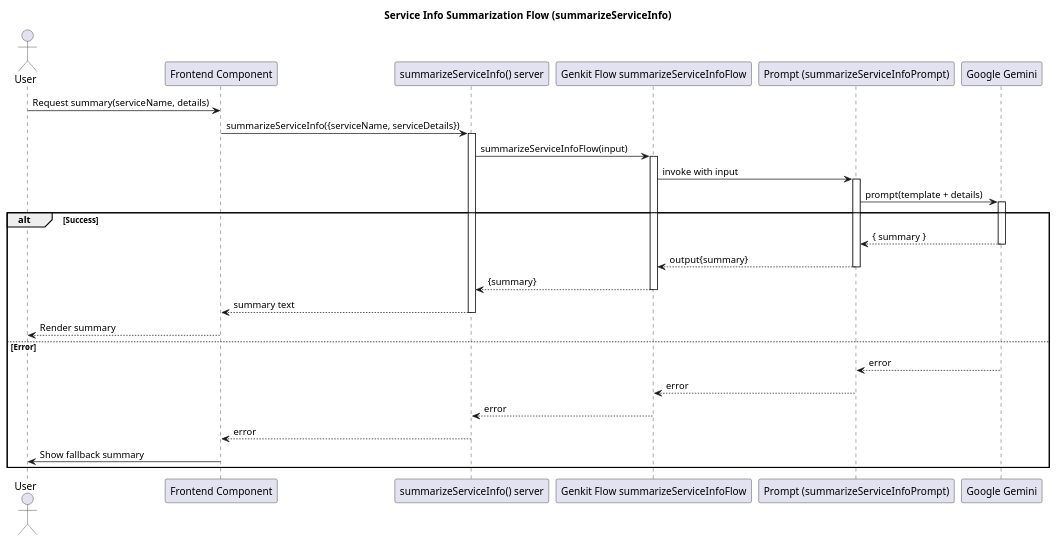
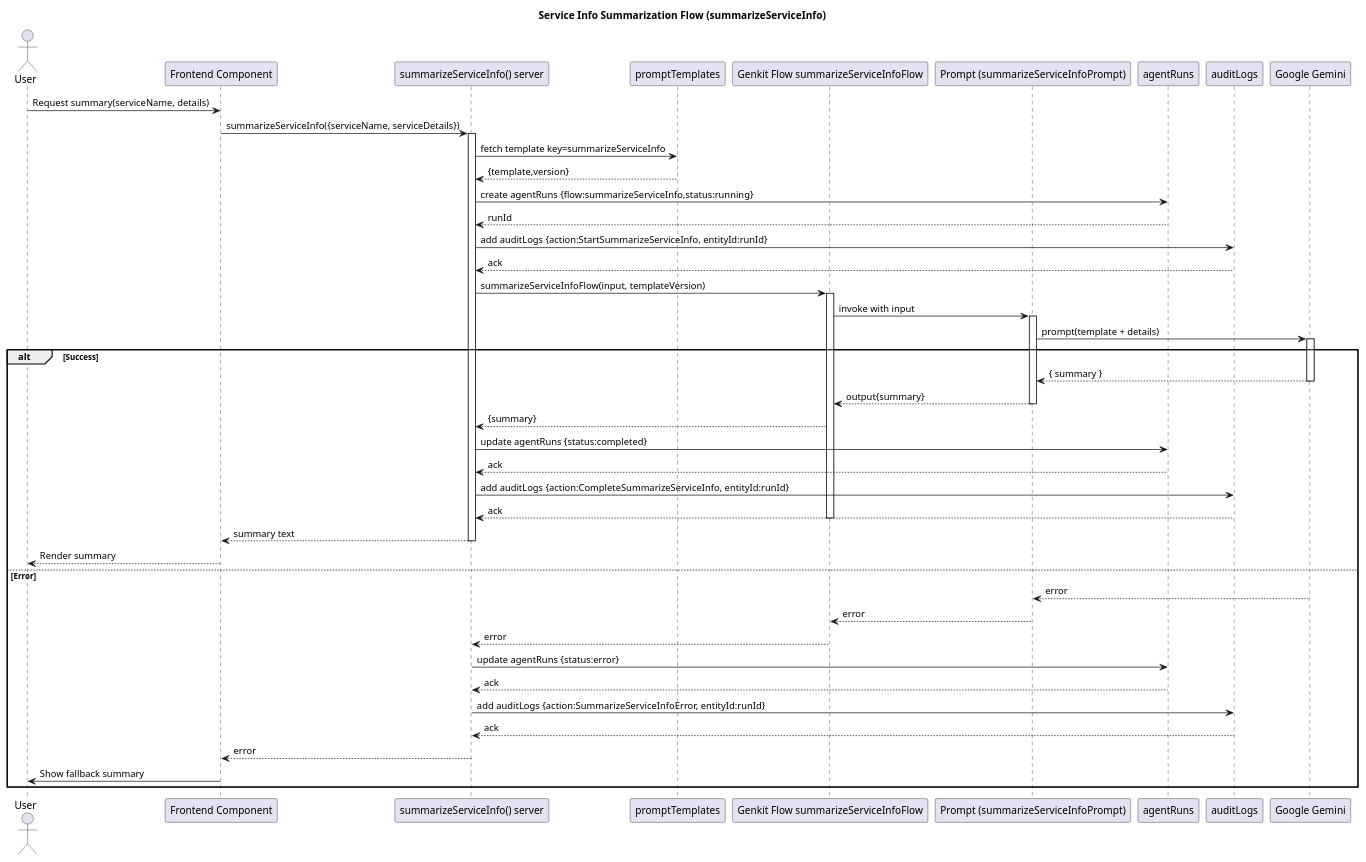
One commit to AdithyaSean/govconnect-sl changed the diagram in docs/sequence-diagrams/summarize-service-info-flow.puml. Above: the diagram before and after it, drawn with PlantUML. The commit also changed 34 other files, not shown here.

```diff
--- a/docs/sequence-diagrams/summarize-service-info-flow.puml
+++ b/docs/sequence-diagrams/summarize-service-info-flow.puml
@@ -1,43 +1,60 @@
 @startuml summarize_service_info_flow
 title Service Info Summarization Flow (summarizeServiceInfo)
 ' =====================================================================
 ' Service Info Summarization Flow (summarizeServiceInfo)
 ' =====================================================================
 actor User
 participant FE as "Frontend Component"
 participant "summarizeServiceInfo() server" as Svc
+participant PT as "promptTemplates"
 participant "Genkit Flow summarizeServiceInfoFlow" as Flow
 participant "Prompt (summarizeServiceInfoPrompt)" as Prompt
+participant AR as "agentRuns"
+participant AUD as "auditLogs"
 participant LLM as "Google Gemini"
 
 User -> FE: Request summary(serviceName, details)
 FE -> Svc: summarizeServiceInfo({serviceName, serviceDetails})
 activate Svc
-Svc -> Flow: summarizeServiceInfoFlow(input)
+Svc -> PT: fetch template key=summarizeServiceInfo
+PT --> Svc: {template,version}
+Svc -> AR: create agentRuns {flow:summarizeServiceInfo,status:running}
+AR --> Svc: runId
+Svc -> AUD: add auditLogs {action:StartSummarizeServiceInfo, entityId:runId}
+AUD --> Svc: ack
+Svc -> Flow: summarizeServiceInfoFlow(input, templateVersion)
 activate Flow
 Flow -> Prompt: invoke with input
 activate Prompt
 Prompt -> LLM: prompt(template + details)
 activate LLM
 alt Success
 	LLM --> Prompt: { summary }
 	deactivate LLM
 	Prompt --> Flow: output{summary}
 	deactivate Prompt
 	Flow --> Svc: {summary}
+	Svc -> AR: update agentRuns {status:completed}
+	AR --> Svc: ack
+	Svc -> AUD: add auditLogs {action:CompleteSummarizeServiceInfo, entityId:runId}
+	AUD --> Svc: ack
 	deactivate Flow
 	Svc --> FE: summary text
 	deactivate Svc
 	FE --> User: Render summary
 else Error
 	LLM --> Prompt: error
 	deactivate LLM
 	Prompt --> Flow: error
 	deactivate Prompt
 	Flow --> Svc: error
+	Svc -> AR: update agentRuns {status:error}
+	AR --> Svc: ack
+	Svc -> AUD: add auditLogs {action:SummarizeServiceInfoError, entityId:runId}
+	AUD --> Svc: ack
 	deactivate Flow
 	Svc --> FE: error
 	deactivate Svc
 	FE -> User: Show fallback summary
 end
 @enduml
```
